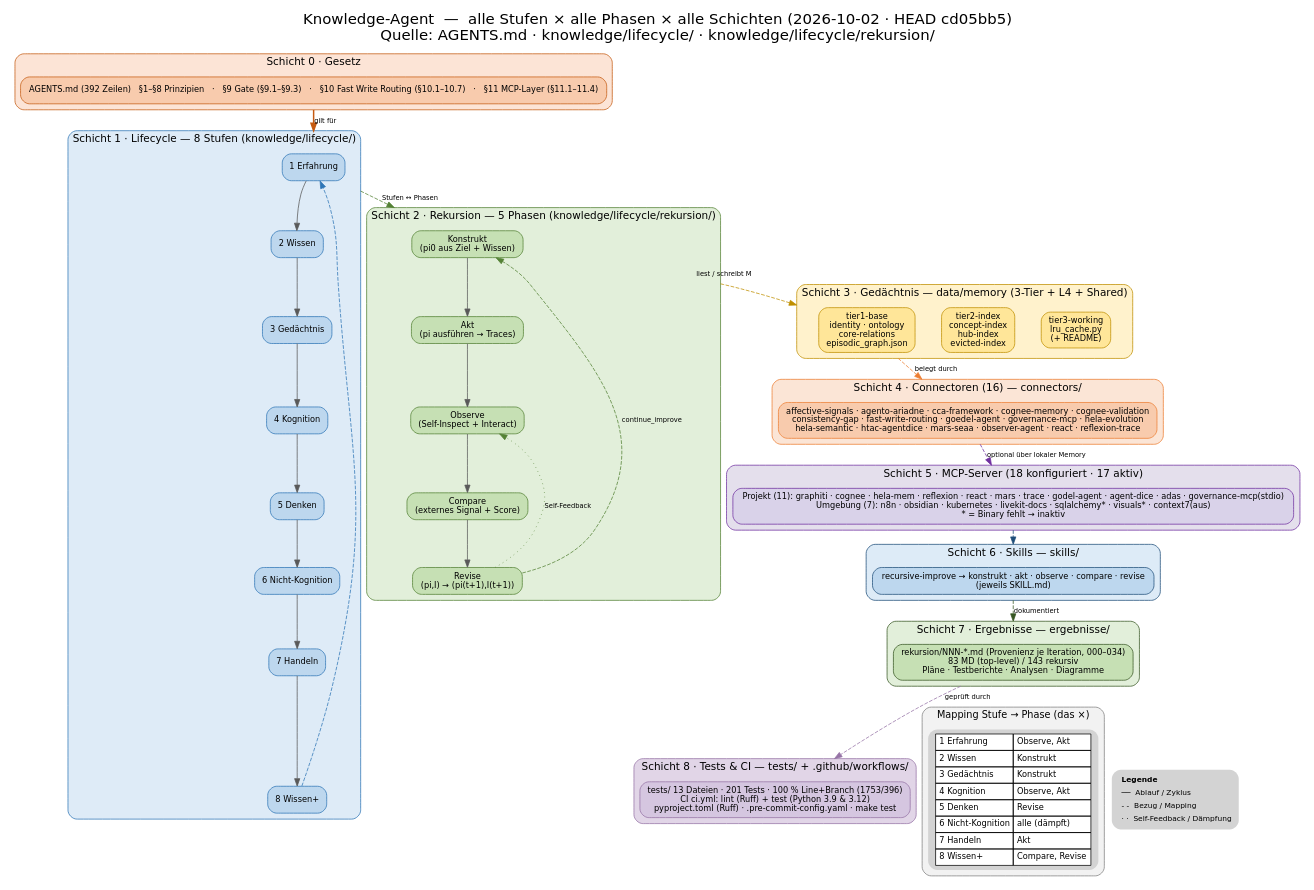
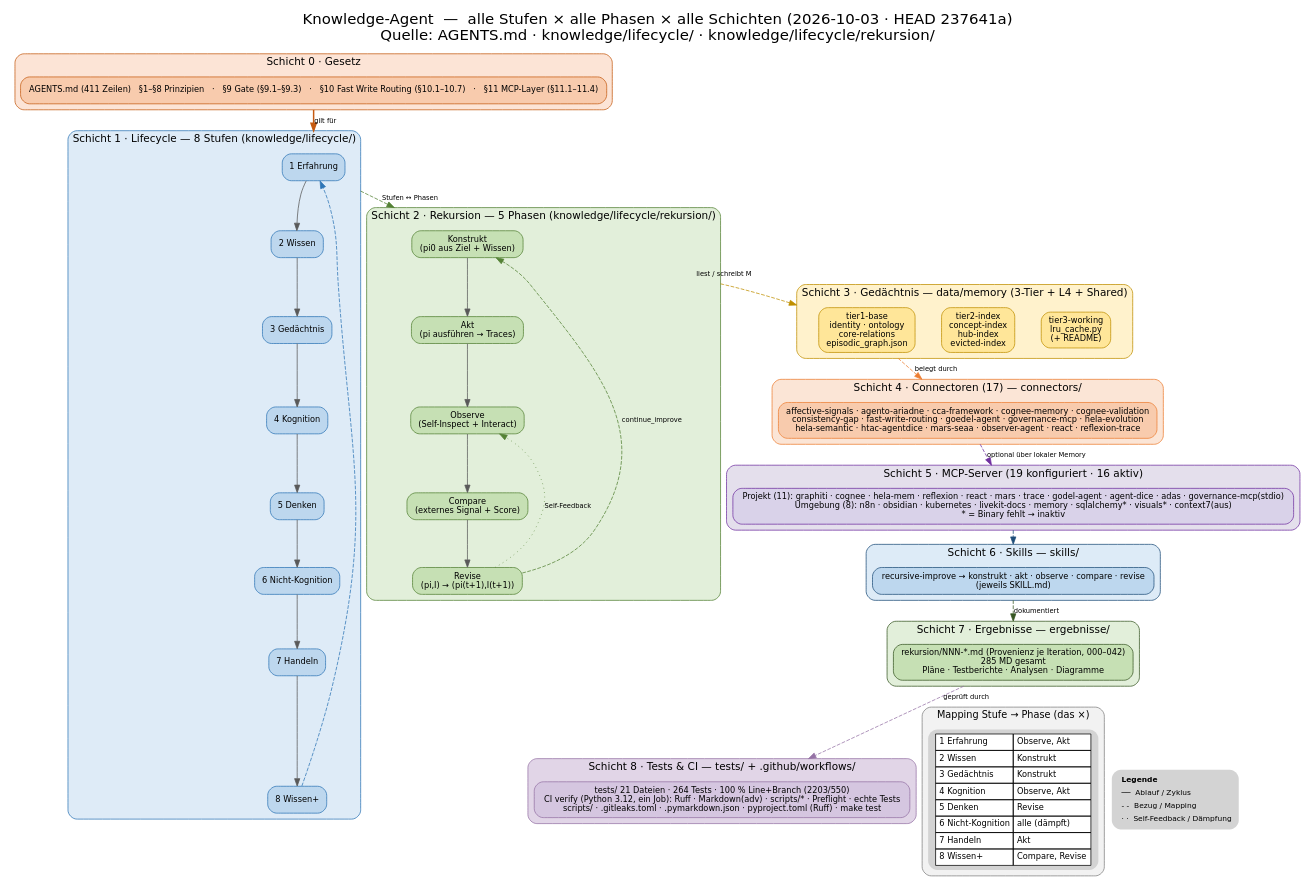
One commit to abatn/Ata3lm changed the diagram in ergebnisse/knowledge-agent-diagramm.dot. Above: the diagram before and after it, drawn with Graphviz. The commit also changed 3 other files, not shown here.

First line of the commit message:
docs: Diagramme auf Ist-Stand (CI 042) - verbindungen-diagramm.md + knowledge-agent-diagramm.dot/png/svg

```diff
--- a/ergebnisse/knowledge-agent-diagramm.dot
+++ b/ergebnisse/knowledge-agent-diagramm.dot
@@ -1,133 +1,133 @@
 digraph KnowledgeAgent {
   rankdir=TB;
   compound=true;
   bgcolor="white";
   fontname="DejaVu Sans";
   labelloc="t";
   fontsize=20;
-  label="Knowledge-Agent  —  alle Stufen × alle Phasen × alle Schichten (2026-10-02 · HEAD cd05bb5)\nQuelle: AGENTS.md · knowledge/lifecycle/ · knowledge/lifecycle/rekursion/";
+  label="Knowledge-Agent  —  alle Stufen × alle Phasen × alle Schichten (2026-10-03 · HEAD 237641a)\nQuelle: AGENTS.md · knowledge/lifecycle/ · knowledge/lifecycle/rekursion/";
   node [shape=box, style="rounded,filled", fontname="DejaVu Sans", fontsize=11, margin="0.14,0.09"];
   edge [fontname="DejaVu Sans", fontsize=9, color="#595959"];
 
   // ================= Schicht 0 · Gesetz =================
   subgraph cluster_law {
     label="Schicht 0 · Gesetz";
     style="filled,rounded"; fillcolor="#FCE4D6"; color="#C55A11"; fontsize=14;
-    law [label="AGENTS.md (392 Zeilen)   §1–§8 Prinzipien   ·   §9 Gate (§9.1–§9.3)   ·   §10 Fast Write Routing (§10.1–10.7)   ·   §11 MCP-Layer (§11.1–11.4)", fillcolor="#F8CBAD", color="#C55A11"];
+    law [label="AGENTS.md (411 Zeilen)   §1–§8 Prinzipien   ·   §9 Gate (§9.1–§9.3)   ·   §10 Fast Write Routing (§10.1–10.7)   ·   §11 MCP-Layer (§11.1–11.4)", fillcolor="#F8CBAD", color="#C55A11"];
   }
 
   // ================= Schicht 1 · Lifecycle (8 Stufen) =================
   subgraph cluster_stufen {
     label="Schicht 1 · Lifecycle — 8 Stufen (knowledge/lifecycle/)";
     style="filled,rounded"; fillcolor="#DEEBF7"; color="#2E75B6"; fontsize=14;
     s1 [label="1 Erfahrung", fillcolor="#BDD7EE", color="#2E75B6"];
     s2 [label="2 Wissen", fillcolor="#BDD7EE", color="#2E75B6"];
     s3 [label="3 Gedächtnis", fillcolor="#BDD7EE", color="#2E75B6"];
     s4 [label="4 Kognition", fillcolor="#BDD7EE", color="#2E75B6"];
     s5 [label="5 Denken", fillcolor="#BDD7EE", color="#2E75B6"];
     s6 [label="6 Nicht-Kognition", fillcolor="#BDD7EE", color="#2E75B6"];
     s7 [label="7 Handeln", fillcolor="#BDD7EE", color="#2E75B6"];
     s8 [label="8 Wissen+", fillcolor="#BDD7EE", color="#2E75B6"];
     s1 -> s2 -> s3 -> s4 -> s5 -> s6 -> s7 -> s8;
     s8 -> s1 [constraint=false, style=dashed, color="#2E75B6"];
   }
 
   // ================= Schicht 2 · Rekursion (5 Phasen) =================
   subgraph cluster_phasen {
     label="Schicht 2 · Rekursion — 5 Phasen (knowledge/lifecycle/rekursion/)";
     style="filled,rounded"; fillcolor="#E2EFDA"; color="#548235"; fontsize=14;
     p1 [label="Konstrukt\n(pi0 aus Ziel + Wissen)", fillcolor="#C6E0B4", color="#548235"];
     p2 [label="Akt\n(pi ausführen → Traces)", fillcolor="#C6E0B4", color="#548235"];
     p3 [label="Observe\n(Self-Inspect + Interact)", fillcolor="#C6E0B4", color="#548235"];
     p4 [label="Compare\n(externes Signal + Score)", fillcolor="#C6E0B4", color="#548235"];
     p5 [label="Revise\n(pi,I) → (pi(t+1),I(t+1))", fillcolor="#C6E0B4", color="#548235"];
     p1 -> p2 -> p3 -> p4 -> p5;
     p5 -> p1 [constraint=false, style=dashed, color="#548235", label="continue_improve"];
     p5 -> p3 [constraint=false, style=dotted, color="#548235", label="Self-Feedback"];
   }
 
   // ================= Schicht 3 · Gedächtnis (3-Tier) =================
   subgraph cluster_mem {
     label="Schicht 3 · Gedächtnis — data/memory (3-Tier + L4 + Shared)";
     style="filled,rounded"; fillcolor="#FFF2CC"; color="#BF8F00"; fontsize=14;
     {rank=same; m1; m2; m3;}
     m1 [label="tier1-base\nidentity · ontology\ncore-relations\nepisodic_graph.json", fillcolor="#FFE699", color="#BF8F00"];
     m2 [label="tier2-index\nconcept-index\nhub-index\nevicted-index", fillcolor="#FFE699", color="#BF8F00"];
     m3 [label="tier3-working\nlru_cache.py\n(+ README)", fillcolor="#FFE699", color="#BF8F00"];
     m1 -> m2 -> m3 [style=invis];
   }
 
   // ================= Schicht 4 · Connectoren =================
   subgraph cluster_conn {
-    label="Schicht 4 · Connectoren (16) — connectors/";
+    label="Schicht 4 · Connectoren (17) — connectors/";
     style="filled,rounded"; fillcolor="#FBE5D6"; color="#ED7D31"; fontsize=14;
     conn [label="affective-signals · agento-ariadne · cca-framework · cognee-memory · cognee-validation\nconsistency-gap · fast-write-routing · goedel-agent · governance-mcp · hela-evolution\nhela-semantic · htac-agentdice · mars-seaa · observer-agent · react · reflexion-trace", fillcolor="#F8CBAD", color="#ED7D31"];
   }
 
   // ================= Schicht 5 · MCP =================
   subgraph cluster_mcp {
-    label="Schicht 5 · MCP-Server (18 konfiguriert · 17 aktiv)";
+    label="Schicht 5 · MCP-Server (19 konfiguriert · 16 aktiv)";
     style="filled,rounded"; fillcolor="#E4DFEC"; color="#7030A0"; fontsize=14;
-    mcp [label="Projekt (11): graphiti · cognee · hela-mem · reflexion · react · mars · trace · godel-agent · agent-dice · adas · governance-mcp(stdio)\nUmgebung (7): n8n · obsidian · kubernetes · livekit-docs · sqlalchemy* · visuals* · context7(aus)\n* = Binary fehlt → inaktiv", fillcolor="#D9D2E9", color="#7030A0"];
+    mcp [label="Projekt (11): graphiti · cognee · hela-mem · reflexion · react · mars · trace · godel-agent · agent-dice · adas · governance-mcp(stdio)\nUmgebung (8): n8n · obsidian · kubernetes · livekit-docs · memory · sqlalchemy* · visuals* · context7(aus)\n* = Binary fehlt → inaktiv", fillcolor="#D9D2E9", color="#7030A0"];
   }
 
   // ================= Schicht 6 · Skills =================
   subgraph cluster_skills {
     label="Schicht 6 · Skills — skills/";
     style="filled,rounded"; fillcolor="#DDEBF7"; color="#1F4E79"; fontsize=14;
     sk [label="recursive-improve → konstrukt · akt · observe · compare · revise\n(jeweils SKILL.md)", fillcolor="#BDD7EE", color="#1F4E79"];
   }
 
   // ================= Schicht 7 · Ergebnisse =================
   subgraph cluster_res {
     label="Schicht 7 · Ergebnisse — ergebnisse/";
     style="filled,rounded"; fillcolor="#E2EFDA"; color="#375623"; fontsize=14;
-    res [label="rekursion/NNN-*.md (Provenienz je Iteration, 000–034)\n83 MD (top-level) / 143 rekursiv\nPläne · Testberichte · Analysen · Diagramme", fillcolor="#C6E0B4", color="#375623"];
+    res [label="rekursion/NNN-*.md (Provenienz je Iteration, 000–042)\n285 MD gesamt\nPläne · Testberichte · Analysen · Diagramme", fillcolor="#C6E0B4", color="#375623"];
   }
 
   // ================= Schicht 8 · Tests & CI =================
   subgraph cluster_tests {
     label="Schicht 8 · Tests & CI — tests/ + .github/workflows/";
     style="filled,rounded"; fillcolor="#E1D5E7"; color="#9673A6"; fontsize=14;
-    tst [label="tests/ 13 Dateien · 201 Tests · 100 % Line+Branch (1753/396)\nCI ci.yml: lint (Ruff) + test (Python 3.9 & 3.12)\npyproject.toml (Ruff) · .pre-commit-config.yaml · make test", fillcolor="#D5C6E0", color="#9673A6"];
+    tst [label="tests/ 21 Dateien · 264 Tests · 100 % Line+Branch (2203/550)\nCI verify (Python 3.12, ein Job): Ruff · Markdown(adv) · scripts/* · Preflight · echte Tests\nscripts/ · .gitleaks.toml · .pymarkdown.json · pyproject.toml (Ruff) · make test", fillcolor="#D5C6E0", color="#9673A6"];
   }
 
   // ================= Schicht-Spine (von oben nach unten) =================
   law -> s1 [ltail=cluster_law, lhead=cluster_stufen, style=bold, color="#C55A11", label="gilt für"];
   s1 -> p1 [ltail=cluster_stufen, lhead=cluster_phasen, style=dashed, color="#548235", label="Stufen ↔ Phasen"];
   p1 -> m1 [ltail=cluster_phasen, lhead=cluster_mem, style=dashed, color="#BF8F00", label="liest / schreibt M"];
   m1 -> conn [ltail=cluster_mem, lhead=cluster_conn, style=dashed, color="#ED7D31", label="belegt durch"];
   conn -> mcp [ltail=cluster_conn, lhead=cluster_mcp, style=dashed, color="#7030A0", label="optional über lokaler Memory"];
   mcp -> sk [ltail=cluster_mcp, lhead=cluster_skills, style=dashed, color="#1F4E79"];
   sk -> res [ltail=cluster_skills, lhead=cluster_res, style=dashed, color="#375623", label="dokumentiert"];
   res -> tst [ltail=cluster_res, lhead=cluster_tests, style=dashed, color="#9673A6", label="geprüft durch"];
 
   // ================= Mapping-Tabelle (das "×") =================
   subgraph cluster_map {
     label="Mapping Stufe → Phase (das ×)";
     style="filled,rounded"; fillcolor="#F2F2F2"; color="#808080"; fontsize=13;
     map [shape=plaintext, fontsize=11, label=<
       <TABLE BORDER="0" CELLBORDER="1" CELLSPACING="0" CELLPADDING="4" BGCOLOR="#FFFFFF">
         <TR><TD ALIGN="LEFT">1 Erfahrung</TD><TD ALIGN="LEFT">Observe, Akt</TD></TR>
         <TR><TD ALIGN="LEFT">2 Wissen</TD><TD ALIGN="LEFT">Konstrukt</TD></TR>
         <TR><TD ALIGN="LEFT">3 Gedächtnis</TD><TD ALIGN="LEFT">Konstrukt</TD></TR>
         <TR><TD ALIGN="LEFT">4 Kognition</TD><TD ALIGN="LEFT">Observe, Akt</TD></TR>
         <TR><TD ALIGN="LEFT">5 Denken</TD><TD ALIGN="LEFT">Revise</TD></TR>
         <TR><TD ALIGN="LEFT">6 Nicht-Kognition</TD><TD ALIGN="LEFT">alle (dämpft)</TD></TR>
         <TR><TD ALIGN="LEFT">7 Handeln</TD><TD ALIGN="LEFT">Akt</TD></TR>
         <TR><TD ALIGN="LEFT">8 Wissen+</TD><TD ALIGN="LEFT">Compare, Revise</TD></TR>
       </TABLE>>];
   }
 
   // ================= Legende =================
   legend [shape=plaintext, fontsize=10, label=<
     <TABLE BORDER="0" CELLBORDER="0" CELLSPACING="0" CELLPADDING="3">
       <TR><TD ALIGN="LEFT"><B>Legende</B></TD></TR>
       <TR><TD ALIGN="LEFT">──  Ablauf / Zyklus</TD></TR>
       <TR><TD ALIGN="LEFT">- -  Bezug / Mapping</TD></TR>
       <TR><TD ALIGN="LEFT">· ·  Self-Feedback / Dämpfung</TD></TR>
     </TABLE>>];
 
   res -> map [style=invis];
   res -> legend [style=invis];
 }
```
